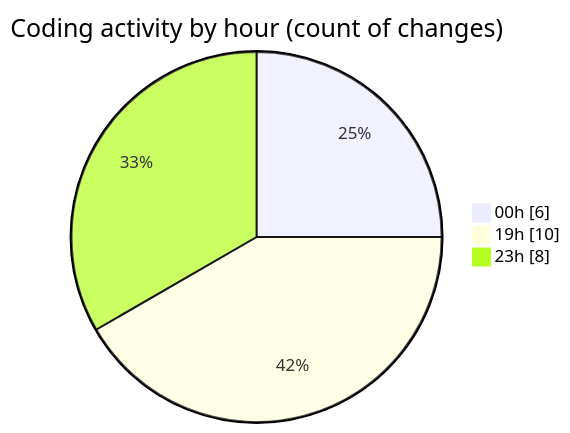
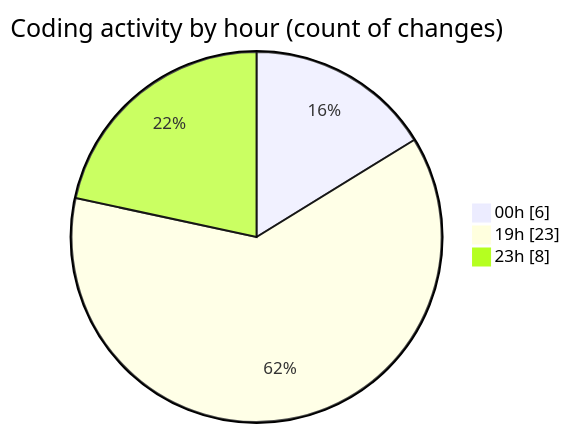
One commit to Ritupan-Deka/code-tracking changed the second of 2 diagrams in 2025-08-05/javascript/README.md. Above: the diagram before and after it, drawn with Mermaid. The commit also changed other lines of this file and 1 other file, not shown here.

````diff
--- a/2025-08-05/javascript/README.md
+++ b/2025-08-05/javascript/README.md
@@ -29,7 +29,7 @@
 ```mermaid
 pie showData
 title Coding activity by hour (count of changes)
 "00h" : 6
-"19h" : 10
+"19h" : 23
 "23h" : 8
 ```
````
